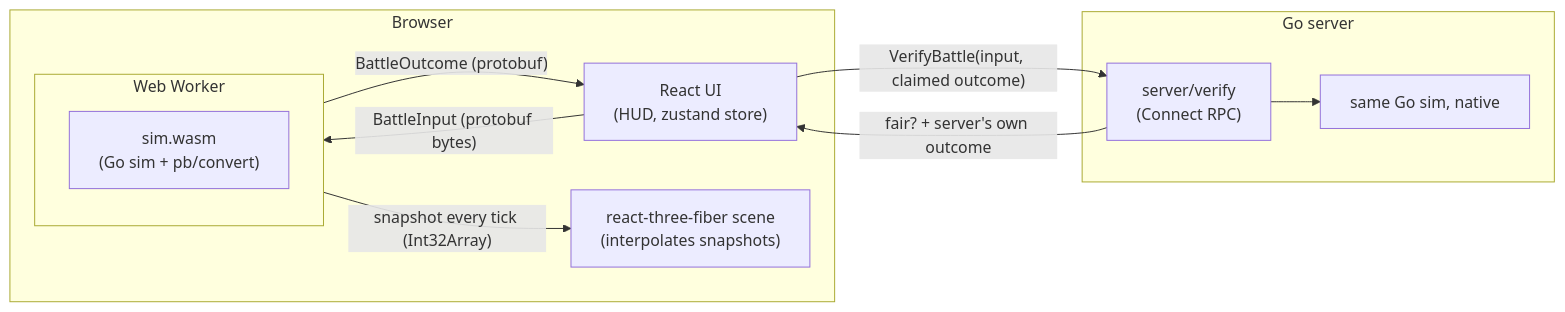
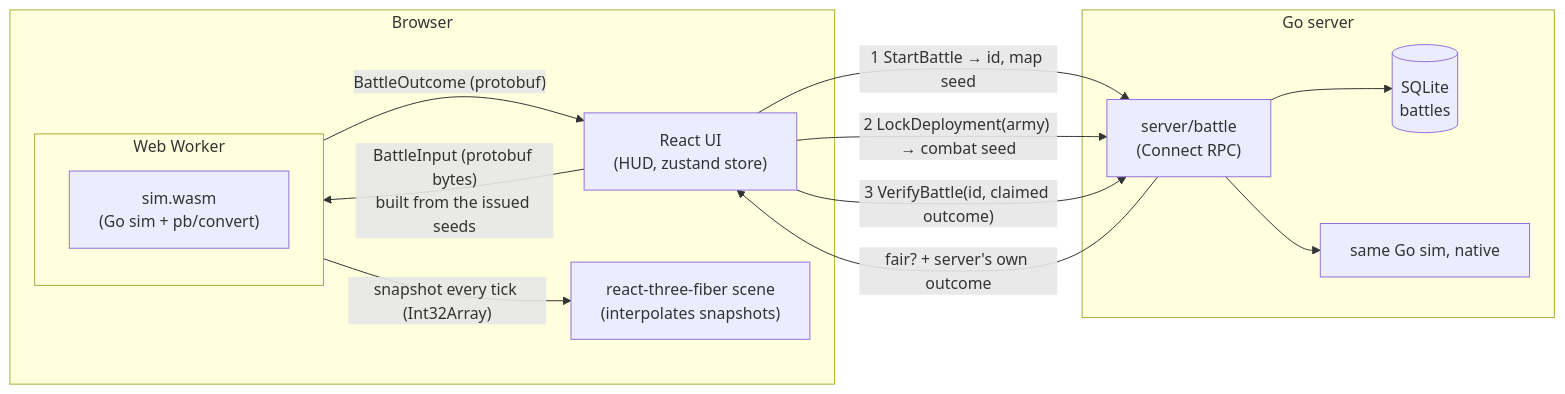
Before and after one commit to sshdaemon/chill-autobattler: the diagram in README.md, drawn with Mermaid. The commit also changed other lines of this file and 37 other files, not shown here.

First line of the commit message:
Server-issued battles: two seeds, lock before reveal, verify by id (OpenSpec: server-issued-seeds)

````diff
--- a/README.md
+++ b/README.md
@@ -23,20 +27,24 @@
 ```mermaid
 flowchart LR
   subgraph Browser
     UI["React UI<br/>(HUD, zustand store)"]
     Scene["react-three-fiber scene<br/>(interpolates snapshots)"]
     subgraph Worker["Web Worker"]
       WASM["sim.wasm<br/>(Go sim + pb/convert)"]
     end
-    UI -- "BattleInput (protobuf bytes)" --> Worker
+    UI -- "BattleInput (protobuf bytes)<br/>built from the issued seeds" --> Worker
     Worker -- "snapshot every tick (Int32Array)" --> Scene
     Worker -- "BattleOutcome (protobuf)" --> UI
   end
   subgraph Server["Go server"]
-    Verify["server/verify<br/>(Connect RPC)"]
+    Svc["server/battle<br/>(Connect RPC)"]
+    DB[("SQLite<br/>battles")]
     Sim2["same Go sim, native"]
-    Verify --> Sim2
+    Svc --> DB
+    Svc --> Sim2
   end
-  UI -- "VerifyBattle(input, claimed outcome)" --> Verify
-  Verify -- "fair? + server's own outcome" --> UI
+  UI -- "1 StartBattle → id, map seed" --> Svc
+  UI -- "2 LockDeployment(army) → combat seed" --> Svc
+  UI -- "3 VerifyBattle(id, claimed outcome)" --> Svc
+  Svc -- "fair? + server's own outcome" --> UI
 ```
````
